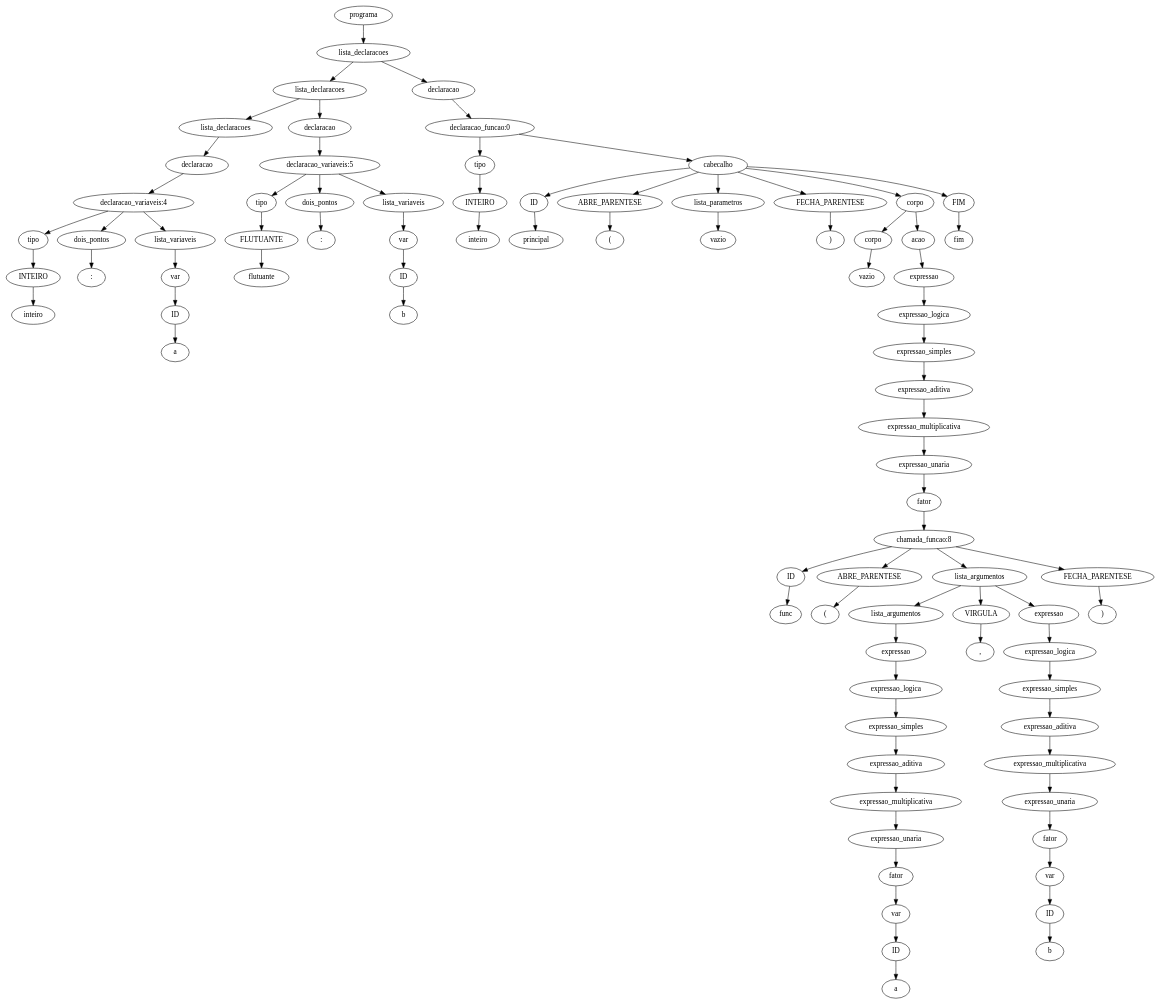
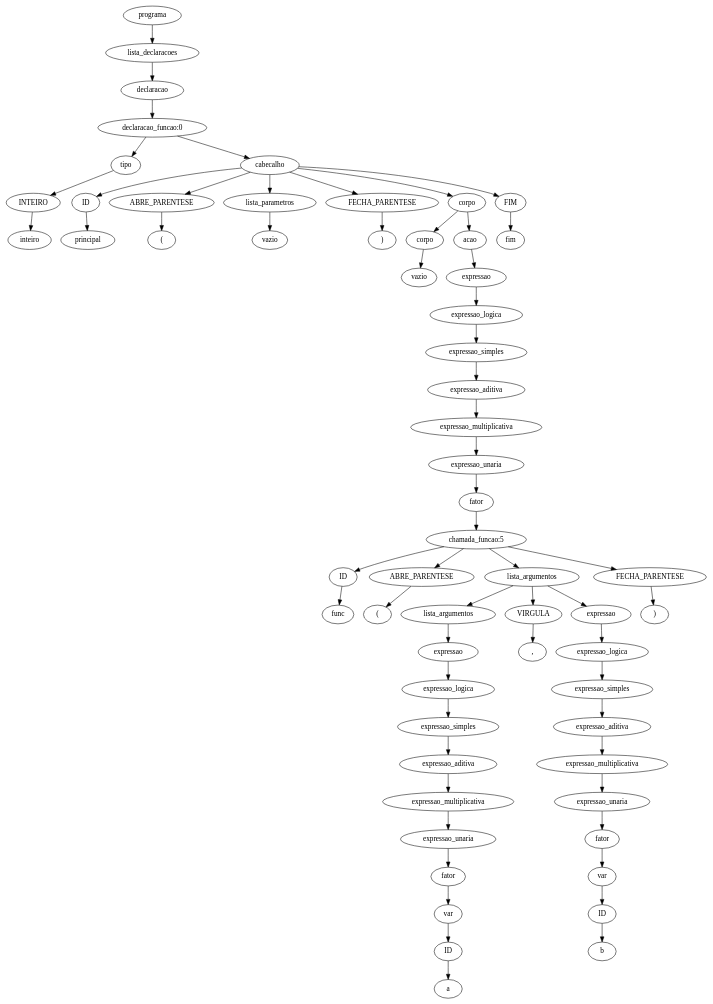
One commit to JuanFSR/Compiladores changed the diagram in 7.AnaliseSemantica/implementacao/semantica-testes/sema-003.tpp.unique.ast.dot. Above: the diagram before and after it, drawn with Graphviz. The commit also changed 13 other files, not shown here.

```diff
--- a/7.AnaliseSemantica/implementacao/semantica-testes/sema-003.tpp.unique.ast.dot
+++ b/7.AnaliseSemantica/implementacao/semantica-testes/sema-003.tpp.unique.ast.dot
@@ -1,169 +1,121 @@
 digraph tree {
-    "0x7f7edd96e940" [label="programa"];
-    "0x7f7edd96ed60" [label="lista_declaracoes"];
-    "0x7f7edd96ea30" [label="lista_declaracoes"];
-    "0x7f7edd96e820" [label="lista_declaracoes"];
-    "0x7f7ede4bd700" [label="declaracao"];
-    "0x7f7edd96e790" [label="declaracao_variaveis:4"];
-    "0x7f7edd96e700" [label="tipo"];
-    "0x7f7edd96e760" [label="INTEIRO"];
-    "0x7f7edd96e7c0" [label="inteiro"];
-    "0x7f7edd96e880" [label="dois_pontos"];
-    "0x7f7edd96e730" [label=":"];
-    "0x7f7edd96e7f0" [label="lista_variaveis"];
-    "0x7f7f2009b640" [label="var"];
-    "0x7f7edd957fa0" [label="ID"];
-    "0x7f7edd96e8e0" [label="a"];
-    "0x7f7edd96e970" [label="declaracao"];
-    "0x7f7edd96eaf0" [label="declaracao_variaveis:5"];
-    "0x7f7edd96e9a0" [label="tipo"];
-    "0x7f7edd96e9d0" [label="FLUTUANTE"];
-    "0x7f7edd96ea00" [label="flutuante"];
-    "0x7f7edd96ec10" [label="dois_pontos"];
-    "0x7f7edd96ec40" [label=":"];
-    "0x7f7edd96ea60" [label="lista_variaveis"];
-    "0x7f7edd96e8b0" [label="var"];
-    "0x7f7edd96e850" [label="ID"];
-    "0x7f7edd96eb50" [label="b"];
-    "0x7f7edd96ec70" [label="declaracao"];
-    "0x7f7edd96ea90" [label="declaracao_funcao:0"];
-    "0x7f7ede4ad220" [label="tipo"];
-    "0x7f7eddb817c0" [label="INTEIRO"];
-    "0x7f7edd96eca0" [label="inteiro"];
-    "0x7f7edd96eeb0" [label="cabecalho"];
-    "0x7f7edd8fd4c0" [label="ID"];
-    "0x7f7edd8fd340" [label="principal"];
-    "0x7f7edd8fd7f0" [label="ABRE_PARENTESE"];
-    "0x7f7edd8fd820" [label="("];
-    "0x7f7edd96edc0" [label="lista_parametros"];
-    "0x7f7edd96eb20" [label="vazio"];
-    "0x7f7edd8fd850" [label="FECHA_PARENTESE"];
-    "0x7f7edd8fd880" [label=")"];
-    "0x7f7edd8fd670" [label="corpo"];
-    "0x7f7edd96eee0" [label="corpo"];
-    "0x7f7edd96ecd0" [label="vazio"];
-    "0x7f7edd8fd610" [label="acao"];
-    "0x7f7edd96ef40" [label="expressao"];
-    "0x7f7edd8fd700" [label="expressao_logica"];
-    "0x7f7edd8fd5b0" [label="expressao_simples"];
-    "0x7f7edd96ee20" [label="expressao_aditiva"];
-    "0x7f7edd8fd6d0" [label="expressao_multiplicativa"];
-    "0x7f7edd96ef70" [label="expressao_unaria"];
-    "0x7f7edd96ee80" [label="fator"];
-    "0x7f7edd8fd1f0" [label="chamada_funcao:8"];
-    "0x7f7edd8fd280" [label="ID"];
-    "0x7f7edd8fd040" [label="func"];
-    "0x7f7edd8fd070" [label="ABRE_PARENTESE"];
-    "0x7f7edd8fd490" [label="("];
-    "0x7f7edd8fd460" [label="lista_argumentos"];
-    "0x7f7edd8fd190" [label="lista_argumentos"];
-    "0x7f7edd8fd160" [label="expressao"];
-    "0x7f7edd8fd130" [label="expressao_logica"];
-    "0x7f7edd8fd0a0" [label="expressao_simples"];
-    "0x7f7edd96efd0" [label="expressao_aditiva"];
-    "0x7f7edd8fd100" [label="expressao_multiplicativa"];
-    "0x7f7edd96ef10" [label="expressao_unaria"];
-    "0x7f7edd96efa0" [label="fator"];
-    "0x7f7edd96edf0" [label="var"];
-    "0x7f7edd96ee50" [label="ID"];
-    "0x7f7edd8fd0d0" [label="a"];
-    "0x7f7edd8fd4f0" [label="VIRGULA"];
-    "0x7f7edd8fd580" [label=","];
-    "0x7f7edd8fd430" [label="expressao"];
-    "0x7f7edd8fd400" [label="expressao_logica"];
-    "0x7f7edd8fd370" [label="expressao_simples"];
-    "0x7f7edd8fd2e0" [label="expressao_aditiva"];
-    "0x7f7edd8fd3d0" [label="expressao_multiplicativa"];
-    "0x7f7edd8fd220" [label="expressao_unaria"];
-    "0x7f7edd8fd2b0" [label="fator"];
-    "0x7f7edd8fd1c0" [label="var"];
-    "0x7f7edd8fd250" [label="ID"];
-    "0x7f7edd8fd3a0" [label="b"];
-    "0x7f7edd8fd520" [label="FECHA_PARENTESE"];
-    "0x7f7edd8fd6a0" [label=")"];
-    "0x7f7edd8fd8b0" [label="FIM"];
-    "0x7f7edd8fd8e0" [label="fim"];
-    "0x7f7edd96e940" -> "0x7f7edd96ed60";
-    "0x7f7edd96ed60" -> "0x7f7edd96ea30";
-    "0x7f7edd96ed60" -> "0x7f7edd96ec70";
-    "0x7f7edd96ea30" -> "0x7f7edd96e820";
-    "0x7f7edd96ea30" -> "0x7f7edd96e970";
-    "0x7f7edd96e820" -> "0x7f7ede4bd700";
-    "0x7f7ede4bd700" -> "0x7f7edd96e790";
-    "0x7f7edd96e790" -> "0x7f7edd96e700";
-    "0x7f7edd96e790" -> "0x7f7edd96e880";
-    "0x7f7edd96e790" -> "0x7f7edd96e7f0";
-    "0x7f7edd96e700" -> "0x7f7edd96e760";
-    "0x7f7edd96e760" -> "0x7f7edd96e7c0";
-    "0x7f7edd96e880" -> "0x7f7edd96e730";
-    "0x7f7edd96e7f0" -> "0x7f7f2009b640";
-    "0x7f7f2009b640" -> "0x7f7edd957fa0";
-    "0x7f7edd957fa0" -> "0x7f7edd96e8e0";
-    "0x7f7edd96e970" -> "0x7f7edd96eaf0";
-    "0x7f7edd96eaf0" -> "0x7f7edd96e9a0";
-    "0x7f7edd96eaf0" -> "0x7f7edd96ec10";
-    "0x7f7edd96eaf0" -> "0x7f7edd96ea60";
-    "0x7f7edd96e9a0" -> "0x7f7edd96e9d0";
-    "0x7f7edd96e9d0" -> "0x7f7edd96ea00";
-    "0x7f7edd96ec10" -> "0x7f7edd96ec40";
-    "0x7f7edd96ea60" -> "0x7f7edd96e8b0";
-    "0x7f7edd96e8b0" -> "0x7f7edd96e850";
-    "0x7f7edd96e850" -> "0x7f7edd96eb50";
-    "0x7f7edd96ec70" -> "0x7f7edd96ea90";
-    "0x7f7edd96ea90" -> "0x7f7ede4ad220";
-    "0x7f7edd96ea90" -> "0x7f7edd96eeb0";
-    "0x7f7ede4ad220" -> "0x7f7eddb817c0";
-    "0x7f7eddb817c0" -> "0x7f7edd96eca0";
-    "0x7f7edd96eeb0" -> "0x7f7edd8fd4c0";
-    "0x7f7edd96eeb0" -> "0x7f7edd8fd7f0";
-    "0x7f7edd96eeb0" -> "0x7f7edd96edc0";
-    "0x7f7edd96eeb0" -> "0x7f7edd8fd850";
-    "0x7f7edd96eeb0" -> "0x7f7edd8fd670";
-    "0x7f7edd96eeb0" -> "0x7f7edd8fd8b0";
-    "0x7f7edd8fd4c0" -> "0x7f7edd8fd340";
-    "0x7f7edd8fd7f0" -> "0x7f7edd8fd820";
-    "0x7f7edd96edc0" -> "0x7f7edd96eb20";
-    "0x7f7edd8fd850" -> "0x7f7edd8fd880";
-    "0x7f7edd8fd670" -> "0x7f7edd96eee0";
-    "0x7f7edd8fd670" -> "0x7f7edd8fd610";
-    "0x7f7edd96eee0" -> "0x7f7edd96ecd0";
-    "0x7f7edd8fd610" -> "0x7f7edd96ef40";
-    "0x7f7edd96ef40" -> "0x7f7edd8fd700";
-    "0x7f7edd8fd700" -> "0x7f7edd8fd5b0";
-    "0x7f7edd8fd5b0" -> "0x7f7edd96ee20";
-    "0x7f7edd96ee20" -> "0x7f7edd8fd6d0";
-    "0x7f7edd8fd6d0" -> "0x7f7edd96ef70";
-    "0x7f7edd96ef70" -> "0x7f7edd96ee80";
-    "0x7f7edd96ee80" -> "0x7f7edd8fd1f0";
-    "0x7f7edd8fd1f0" -> "0x7f7edd8fd280";
-    "0x7f7edd8fd1f0" -> "0x7f7edd8fd070";
-    "0x7f7edd8fd1f0" -> "0x7f7edd8fd460";
-    "0x7f7edd8fd1f0" -> "0x7f7edd8fd520";
-    "0x7f7edd8fd280" -> "0x7f7edd8fd040";
-    "0x7f7edd8fd070" -> "0x7f7edd8fd490";
-    "0x7f7edd8fd460" -> "0x7f7edd8fd190";
-    "0x7f7edd8fd460" -> "0x7f7edd8fd4f0";
-    "0x7f7edd8fd460" -> "0x7f7edd8fd430";
-    "0x7f7edd8fd190" -> "0x7f7edd8fd160";
-    "0x7f7edd8fd160" -> "0x7f7edd8fd130";
-    "0x7f7edd8fd130" -> "0x7f7edd8fd0a0";
-    "0x7f7edd8fd0a0" -> "0x7f7edd96efd0";
-    "0x7f7edd96efd0" -> "0x7f7edd8fd100";
-    "0x7f7edd8fd100" -> "0x7f7edd96ef10";
-    "0x7f7edd96ef10" -> "0x7f7edd96efa0";
-    "0x7f7edd96efa0" -> "0x7f7edd96edf0";
-    "0x7f7edd96edf0" -> "0x7f7edd96ee50";
-    "0x7f7edd96ee50" -> "0x7f7edd8fd0d0";
-    "0x7f7edd8fd4f0" -> "0x7f7edd8fd580";
-    "0x7f7edd8fd430" -> "0x7f7edd8fd400";
-    "0x7f7edd8fd400" -> "0x7f7edd8fd370";
-    "0x7f7edd8fd370" -> "0x7f7edd8fd2e0";
-    "0x7f7edd8fd2e0" -> "0x7f7edd8fd3d0";
-    "0x7f7edd8fd3d0" -> "0x7f7edd8fd220";
-    "0x7f7edd8fd220" -> "0x7f7edd8fd2b0";
-    "0x7f7edd8fd2b0" -> "0x7f7edd8fd1c0";
-    "0x7f7edd8fd1c0" -> "0x7f7edd8fd250";
-    "0x7f7edd8fd250" -> "0x7f7edd8fd3a0";
-    "0x7f7edd8fd520" -> "0x7f7edd8fd6a0";
-    "0x7f7edd8fd8b0" -> "0x7f7edd8fd8e0";
+    "0x7f4d709d1790" [label="programa"];
+    "0x7f4d707bf880" [label="lista_declaracoes"];
+    "0x7f4d7130d6d0" [label="declaracao"];
+    "0x7f4d712fd1f0" [label="declaracao_funcao:0"];
+    "0x7f4d707bf6d0" [label="tipo"];
+    "0x7f4d707bf730" [label="INTEIRO"];
+    "0x7f4d707bf790" [label="inteiro"];
+    "0x7f4d707bf9d0" [label="cabecalho"];
+    "0x7f4d7074e0d0" [label="ID"];
+    "0x7f4d7074e070" [label="principal"];
+    "0x7f4d7074e310" [label="ABRE_PARENTESE"];
+    "0x7f4d7074e340" [label="("];
+    "0x7f4d707bf8e0" [label="lista_parametros"];
+    "0x7f4db2eec610" [label="vazio"];
+    "0x7f4d7074e370" [label="FECHA_PARENTESE"];
+    "0x7f4d7074e3a0" [label=")"];
+    "0x7f4d7074e220" [label="corpo"];
+    "0x7f4d707bfa00" [label="corpo"];
+    "0x7f4d707bf760" [label="vazio"];
+    "0x7f4d707bfdf0" [label="acao"];
+    "0x7f4d707bfa60" [label="expressao"];
+    "0x7f4d7074e1f0" [label="expressao_logica"];
+    "0x7f4d707bffa0" [label="expressao_simples"];
+    "0x7f4d707bf940" [label="expressao_aditiva"];
+    "0x7f4d707bfe20" [label="expressao_multiplicativa"];
+    "0x7f4d707bfa90" [label="expressao_unaria"];
+    "0x7f4d707bf9a0" [label="fator"];
+    "0x7f4d707bfcd0" [label="chamada_funcao:5"];
+    "0x7f4d707bfd60" [label="ID"];
+    "0x7f4d707bfb20" [label="func"];
+    "0x7f4d707bfb50" [label="ABRE_PARENTESE"];
+    "0x7f4d707bff70" [label="("];
+    "0x7f4d707bff40" [label="lista_argumentos"];
+    "0x7f4d707bfc70" [label="lista_argumentos"];
+    "0x7f4d707bfc40" [label="expressao"];
+    "0x7f4d707bfc10" [label="expressao_logica"];
+    "0x7f4d707bfb80" [label="expressao_simples"];
+    "0x7f4d707bfaf0" [label="expressao_aditiva"];
+    "0x7f4d707bfbe0" [label="expressao_multiplicativa"];
+    "0x7f4d707bfa30" [label="expressao_unaria"];
+    "0x7f4d707bfac0" [label="fator"];
+    "0x7f4d707bf910" [label="var"];
+    "0x7f4d707bf970" [label="ID"];
+    "0x7f4d707bfbb0" [label="a"];
+    "0x7f4d707bffd0" [label="VIRGULA"];
+    "0x7f4d7074e0a0" [label=","];
+    "0x7f4d707bff10" [label="expressao"];
+    "0x7f4d707bfee0" [label="expressao_logica"];
+    "0x7f4d707bfe50" [label="expressao_simples"];
+    "0x7f4d707bfdc0" [label="expressao_aditiva"];
+    "0x7f4d707bfeb0" [label="expressao_multiplicativa"];
+    "0x7f4d707bfd00" [label="expressao_unaria"];
+    "0x7f4d707bfd90" [label="fator"];
+    "0x7f4d707bfca0" [label="var"];
+    "0x7f4d707bfd30" [label="ID"];
+    "0x7f4d707bfe80" [label="b"];
+    "0x7f4d7074e040" [label="FECHA_PARENTESE"];
+    "0x7f4d7074e1c0" [label=")"];
+    "0x7f4d7074e3d0" [label="FIM"];
+    "0x7f4d7074e400" [label="fim"];
+    "0x7f4d709d1790" -> "0x7f4d707bf880";
+    "0x7f4d707bf880" -> "0x7f4d7130d6d0";
+    "0x7f4d7130d6d0" -> "0x7f4d712fd1f0";
+    "0x7f4d712fd1f0" -> "0x7f4d707bf6d0";
+    "0x7f4d712fd1f0" -> "0x7f4d707bf9d0";
+    "0x7f4d707bf6d0" -> "0x7f4d707bf730";
+    "0x7f4d707bf730" -> "0x7f4d707bf790";
+    "0x7f4d707bf9d0" -> "0x7f4d7074e0d0";
+    "0x7f4d707bf9d0" -> "0x7f4d7074e310";
+    "0x7f4d707bf9d0" -> "0x7f4d707bf8e0";
+    "0x7f4d707bf9d0" -> "0x7f4d7074e370";
+    "0x7f4d707bf9d0" -> "0x7f4d7074e220";
+    "0x7f4d707bf9d0" -> "0x7f4d7074e3d0";
+    "0x7f4d7074e0d0" -> "0x7f4d7074e070";
+    "0x7f4d7074e310" -> "0x7f4d7074e340";
+    "0x7f4d707bf8e0" -> "0x7f4db2eec610";
+    "0x7f4d7074e370" -> "0x7f4d7074e3a0";
+    "0x7f4d7074e220" -> "0x7f4d707bfa00";
+    "0x7f4d7074e220" -> "0x7f4d707bfdf0";
+    "0x7f4d707bfa00" -> "0x7f4d707bf760";
+    "0x7f4d707bfdf0" -> "0x7f4d707bfa60";
+    "0x7f4d707bfa60" -> "0x7f4d7074e1f0";
+    "0x7f4d7074e1f0" -> "0x7f4d707bffa0";
+    "0x7f4d707bffa0" -> "0x7f4d707bf940";
+    "0x7f4d707bf940" -> "0x7f4d707bfe20";
+    "0x7f4d707bfe20" -> "0x7f4d707bfa90";
+    "0x7f4d707bfa90" -> "0x7f4d707bf9a0";
+    "0x7f4d707bf9a0" -> "0x7f4d707bfcd0";
+    "0x7f4d707bfcd0" -> "0x7f4d707bfd60";
+    "0x7f4d707bfcd0" -> "0x7f4d707bfb50";
+    "0x7f4d707bfcd0" -> "0x7f4d707bff40";
+    "0x7f4d707bfcd0" -> "0x7f4d7074e040";
+    "0x7f4d707bfd60" -> "0x7f4d707bfb20";
+    "0x7f4d707bfb50" -> "0x7f4d707bff70";
+    "0x7f4d707bff40" -> "0x7f4d707bfc70";
+    "0x7f4d707bff40" -> "0x7f4d707bffd0";
+    "0x7f4d707bff40" -> "0x7f4d707bff10";
+    "0x7f4d707bfc70" -> "0x7f4d707bfc40";
+    "0x7f4d707bfc40" -> "0x7f4d707bfc10";
+    "0x7f4d707bfc10" -> "0x7f4d707bfb80";
+    "0x7f4d707bfb80" -> "0x7f4d707bfaf0";
+    "0x7f4d707bfaf0" -> "0x7f4d707bfbe0";
+    "0x7f4d707bfbe0" -> "0x7f4d707bfa30";
+    "0x7f4d707bfa30" -> "0x7f4d707bfac0";
+    "0x7f4d707bfac0" -> "0x7f4d707bf910";
+    "0x7f4d707bf910" -> "0x7f4d707bf970";
+    "0x7f4d707bf970" -> "0x7f4d707bfbb0";
+    "0x7f4d707bffd0" -> "0x7f4d7074e0a0";
+    "0x7f4d707bff10" -> "0x7f4d707bfee0";
+    "0x7f4d707bfee0" -> "0x7f4d707bfe50";
+    "0x7f4d707bfe50" -> "0x7f4d707bfdc0";
+    "0x7f4d707bfdc0" -> "0x7f4d707bfeb0";
+    "0x7f4d707bfeb0" -> "0x7f4d707bfd00";
+    "0x7f4d707bfd00" -> "0x7f4d707bfd90";
+    "0x7f4d707bfd90" -> "0x7f4d707bfca0";
+    "0x7f4d707bfca0" -> "0x7f4d707bfd30";
+    "0x7f4d707bfd30" -> "0x7f4d707bfe80";
+    "0x7f4d7074e040" -> "0x7f4d7074e1c0";
+    "0x7f4d7074e3d0" -> "0x7f4d7074e400";
 }
```
